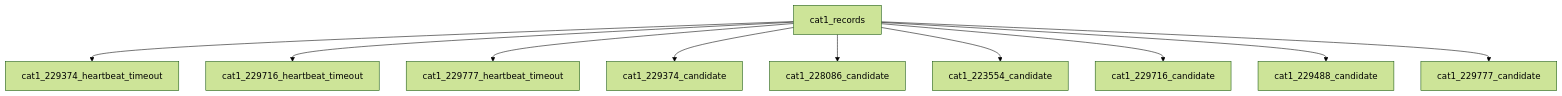
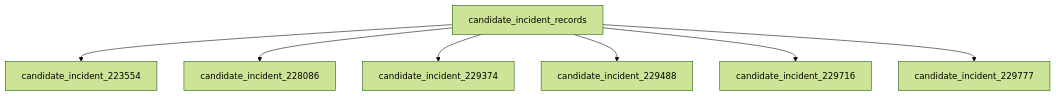
Before and after one commit to caiyawulf21/optisweepAI-phase0: the diagram in data/curated/graph.md, drawn with Mermaid (forest theme). The commit also changed other lines of this file and 896 other files, not shown here.

````diff
--- a/data/curated/graph.md
+++ b/data/curated/graph.md
@@ -3,13 +3,10 @@
 ```mermaid
 flowchart TD
-  dataset[cat1_records]
-  dataset --> cat1_229374_heartbeat_timeout[cat1_229374_heartbeat_timeout]
-  dataset --> cat1_229716_heartbeat_timeout[cat1_229716_heartbeat_timeout]
-  dataset --> cat1_229777_heartbeat_timeout[cat1_229777_heartbeat_timeout]
-  dataset --> cat1_229374_candidate[cat1_229374_candidate]
-  dataset --> cat1_228086_candidate[cat1_228086_candidate]
-  dataset --> cat1_223554_candidate[cat1_223554_candidate]
-  dataset --> cat1_229716_candidate[cat1_229716_candidate]
-  dataset --> cat1_229488_candidate[cat1_229488_candidate]
-  dataset --> cat1_229777_candidate[cat1_229777_candidate]
+  dataset[candidate_incident_records]
+  dataset --> candidate_incident_223554[candidate_incident_223554]
+  dataset --> candidate_incident_228086[candidate_incident_228086]
+  dataset --> candidate_incident_229374[candidate_incident_229374]
+  dataset --> candidate_incident_229488[candidate_incident_229488]
+  dataset --> candidate_incident_229716[candidate_incident_229716]
+  dataset --> candidate_incident_229777[candidate_incident_229777]
 ```
````
